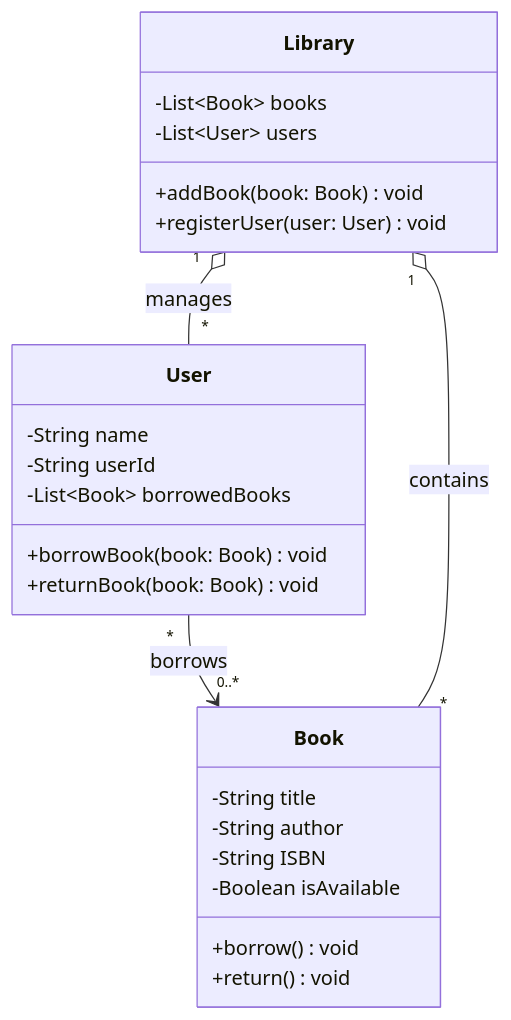
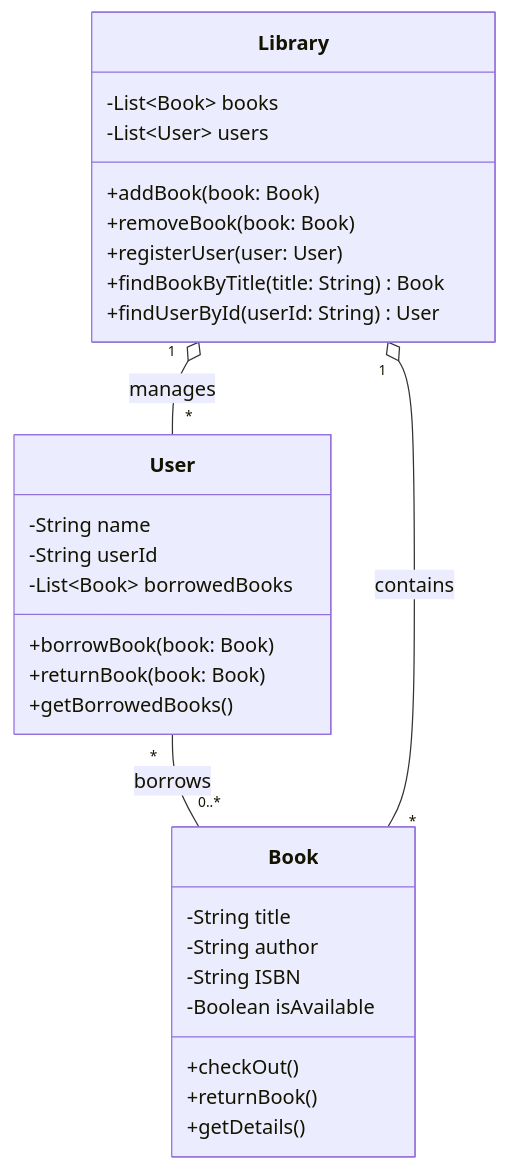
One commit to Evgeny65ok/mermaid-diagrams changed the third of 11 diagrams in README.md. Above: the diagram before and after it, drawn with Mermaid. The commit also changed other lines of this file, not shown here.

Commit message:
Обновил диаграммы

````diff
--- a/README.md
+++ b/README.md
@@ -43,30 +38,35 @@
 ```mermaid
 classDiagram
     class Book {
         -String title
         -String author
         -String ISBN
         -Boolean isAvailable
-        +borrow() void
-        +return() void
+        +checkOut()
+        +returnBook()
+        +getDetails()
     }
-
+    
     class User {
         -String name
         -String userId
         -List~Book~ borrowedBooks
-        +borrowBook(book: Book) void
-        +returnBook(book: Book) void
+        +borrowBook(book: Book)
+        +returnBook(book: Book)
+        +getBorrowedBooks()
     }
-
+    
     class Library {
         -List~Book~ books
         -List~User~ users
-        +addBook(book: Book) void
-        +registerUser(user: User) void
+        +addBook(book: Book)
+        +removeBook(book: Book)
+        +registerUser(user: User)
+        +findBookByTitle(title: String) Book
+        +findUserById(userId: String) User
     }
-
-    User "*" --> "0..*" Book : borrows
+    
+    User "*" -- "0..*" Book : borrows
     Library "1" o-- "*" Book : contains
     Library "1" o-- "*" User : manages
 ```
````
